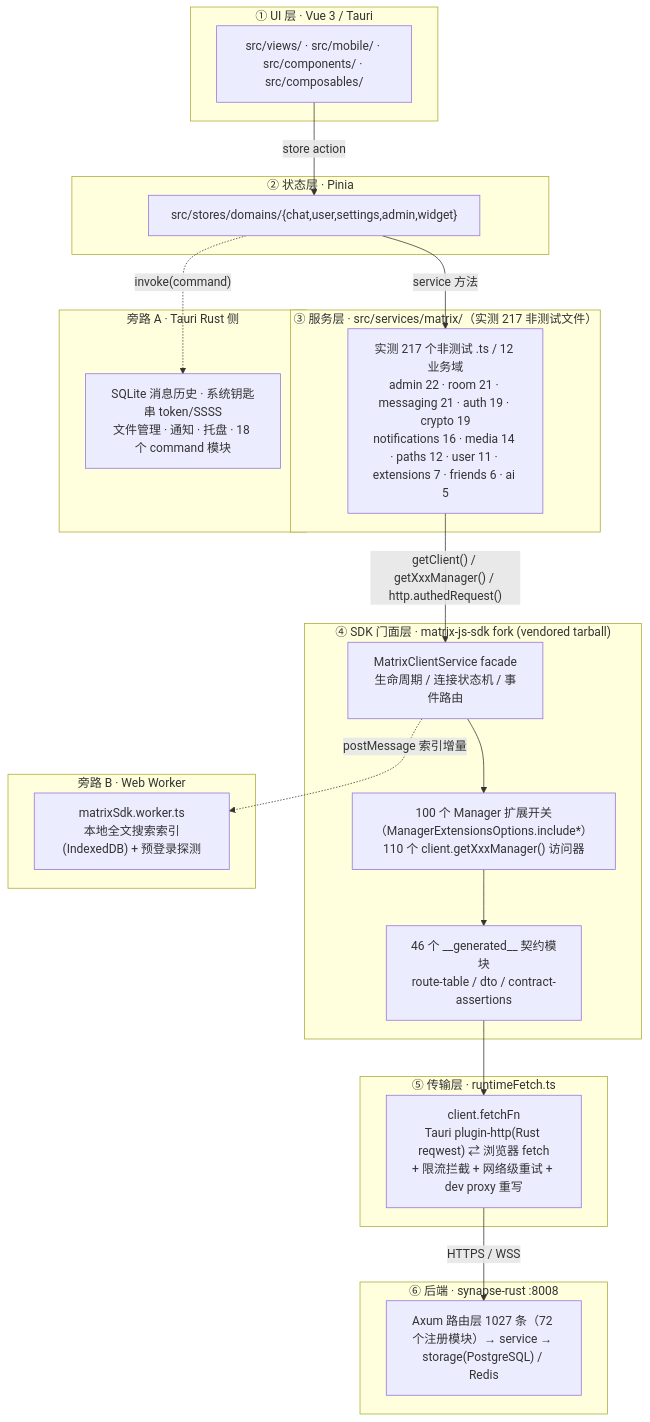
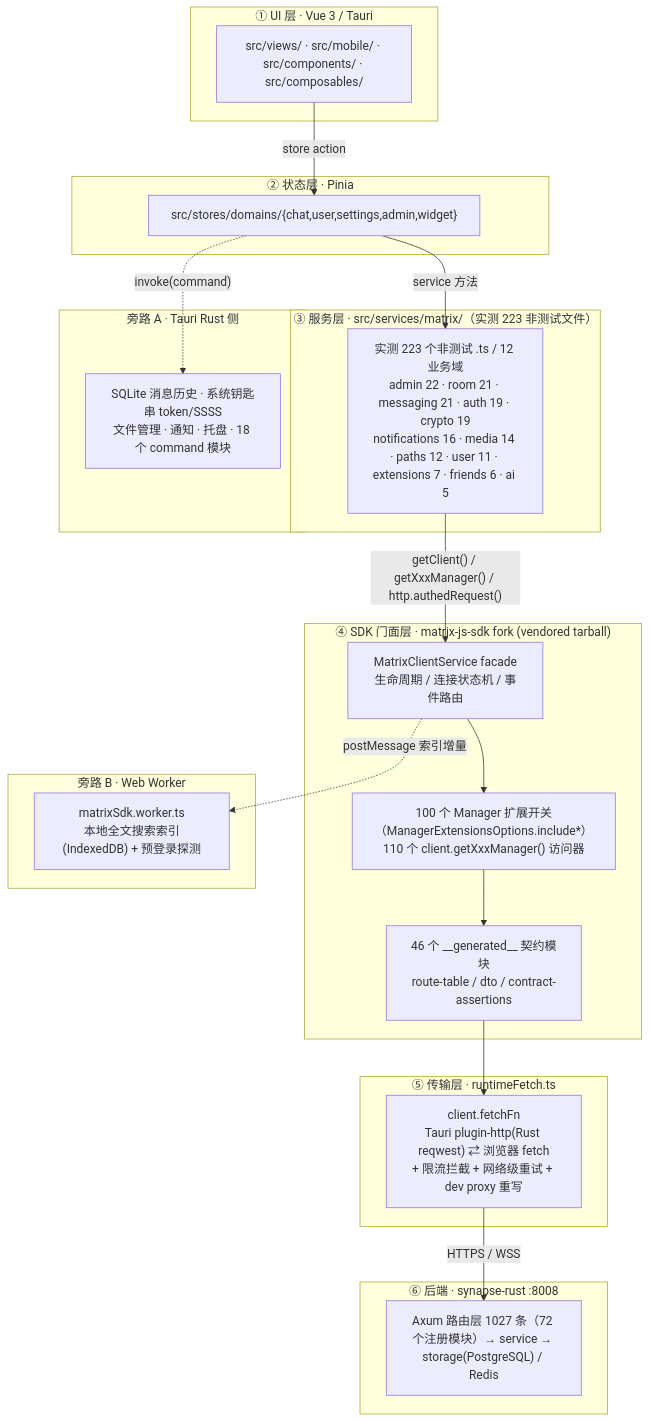
Before and after one commit to langkebo/hula: the first of 4 diagrams in docs/Tjg-SDK-集成架构与能力图谱-2026-10-08.md, drawn with Mermaid. The commit also changed other lines of this file and 15 other files, not shown here.

````diff
--- a/docs/Tjg-SDK-集成架构与能力图谱-2026-10-08.md
+++ b/docs/Tjg-SDK-集成架构与能力图谱-2026-10-08.md
@@ -32,47 +32,47 @@
 ```mermaid
 flowchart TB
     subgraph L1["① UI 层 · Vue 3 / Tauri"]
         UI["src/views/ · src/mobile/ · src/components/ · src/composables/"]
     end
 
     subgraph L2["② 状态层 · Pinia"]
         ST["src/stores/domains/{chat,user,settings,admin,widget}"]
     end
 
-    subgraph L3["③ 服务层 · src/services/matrix/（实测 217 非测试文件）"]
-        SV["实测 217 个非测试 .ts / 12 业务域<br/>admin 22 · room 21 · messaging 21 · auth 19 · crypto 19<br/>notifications 16 · media 14 · paths 12 · user 11 · extensions 7 · friends 6 · ai 5"]
+    subgraph L3["③ 服务层 · src/services/matrix/（实测 223 非测试文件）"]
+        SV["实测 223 个非测试 .ts / 12 业务域<br/>admin 22 · room 21 · messaging 21 · auth 19 · crypto 19<br/>notifications 16 · media 14 · paths 12 · user 11 · extensions 7 · friends 6 · ai 5"]
     end
 
     subgraph L4["④ SDK 门面层 · matrix-js-sdk fork (vendored tarball)"]
         SDK1["MatrixClientService facade<br/>生命周期 / 连接状态机 / 事件路由"]
         SDK2["100 个 Manager 扩展开关（ManagerExtensionsOptions.include*）<br/>110 个 client.getXxxManager() 访问器"]
         SDK3["46 个 __generated__ 契约模块<br/>route-table / dto / contract-assertions"]
     end
 
     subgraph L5["⑤ 传输层 · runtimeFetch.ts"]
         NET["client.fetchFn<br/>Tauri plugin-http(Rust reqwest) ⇄ 浏览器 fetch<br/>+ 限流拦截 + 网络级重试 + dev proxy 重写"]
     end
 
     subgraph L6["⑥ 后端 · synapse-rust :8008"]
         BE["Axum 路由层 1027 条（72 个注册模块）→ service → storage(PostgreSQL) / Redis"]
     end
 
     UI -->|"store action"| ST
     ST -->|"service 方法"| SV
     SV -->|"getClient() / getXxxManager() / http.authedRequest()"| SDK1
     SDK1 --> SDK2
     SDK2 --> SDK3
     SDK3 --> NET
     NET -->|"HTTPS / WSS"| BE
 
     subgraph SIDE1["旁路 A · Tauri Rust 侧"]
         TAURI["SQLite 消息历史 · 系统钥匙串 token/SSSS<br/>文件管理 · 通知 · 托盘 · 18 个 command 模块"]
     end
 
     subgraph SIDE2["旁路 B · Web Worker"]
         WK["matrixSdk.worker.ts<br/>本地全文搜索索引(IndexedDB) + 预登录探测"]
     end
 
     ST -.->|"invoke(command)"| TAURI
     SDK1 -.->|"postMessage 索引增量"| WK
 ```
````
